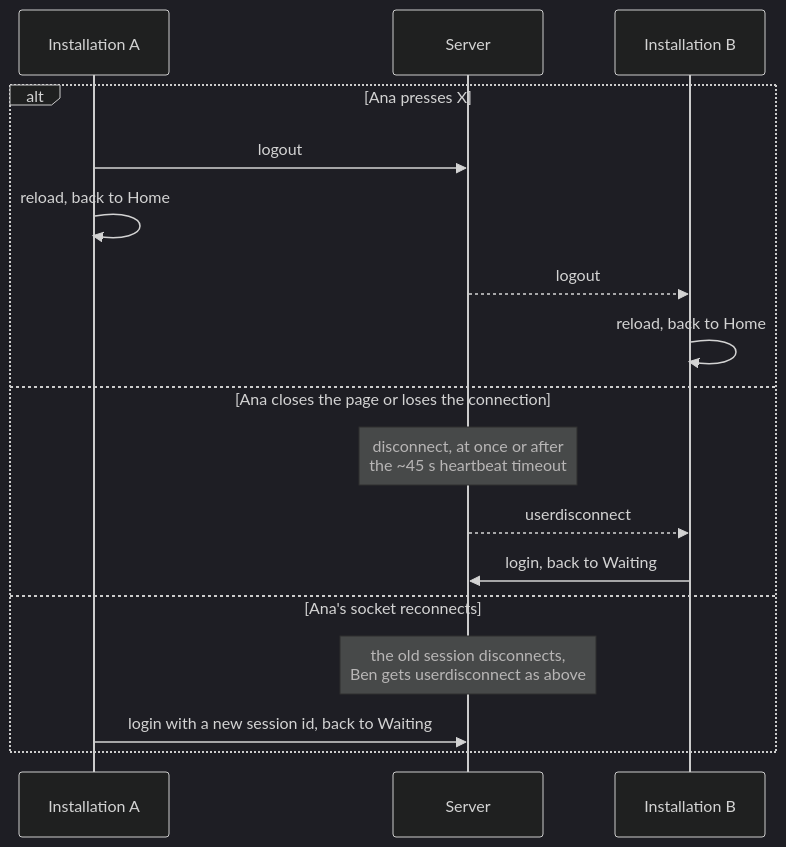
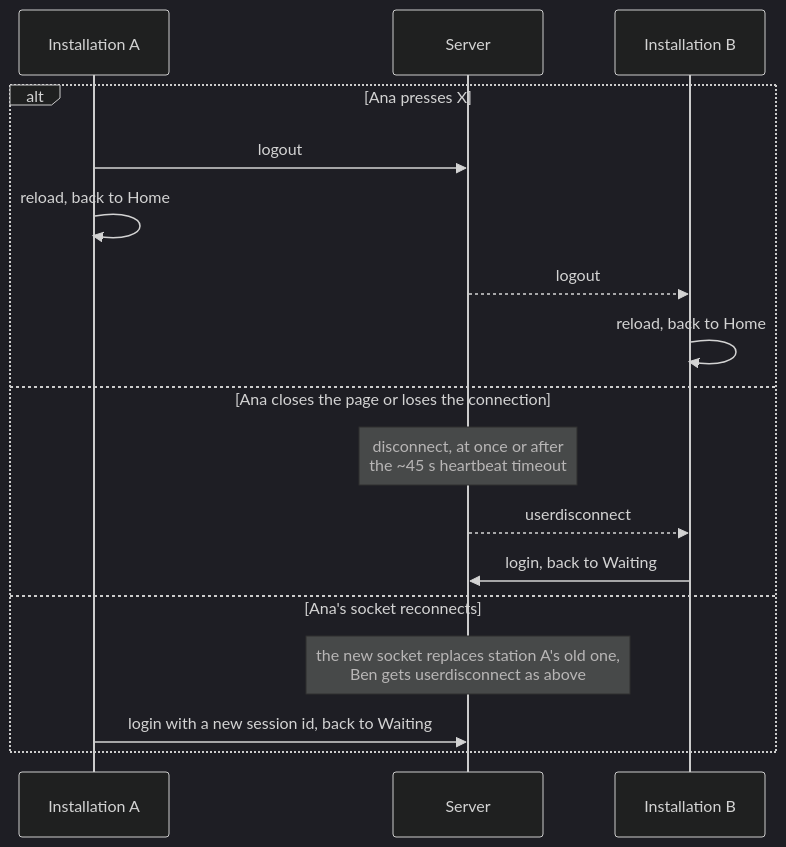
One commit to partyck/in-between-us changed the sixth of 6 diagrams in architecture.md. Above: the diagram before and after it, drawn with Mermaid (dark theme). The commit also changed other lines of this file and 3 other files, not shown here.

````diff
--- a/architecture.md
+++ b/architecture.md
@@ -262,19 +280,19 @@
 ```mermaid
 sequenceDiagram
     participant A as Installation A
     participant S as Server
     participant B as Installation B
     alt Ana presses X
         A->>S: logout
         A->>A: reload, back to Home
         S-->>B: logout
         B->>B: reload, back to Home
     else Ana closes the page or loses the connection
         Note over S: disconnect, at once or after<br/>the ~45 s heartbeat timeout
         S-->>B: userdisconnect
         B->>S: login, back to Waiting
     else Ana's socket reconnects
-        Note over S: the old session disconnects,<br/>Ben gets userdisconnect as above
+        Note over S: the new socket replaces station A's old one,<br/>Ben gets userdisconnect as above
         A->>S: login with a new session id, back to Waiting
     end
 ```
````
